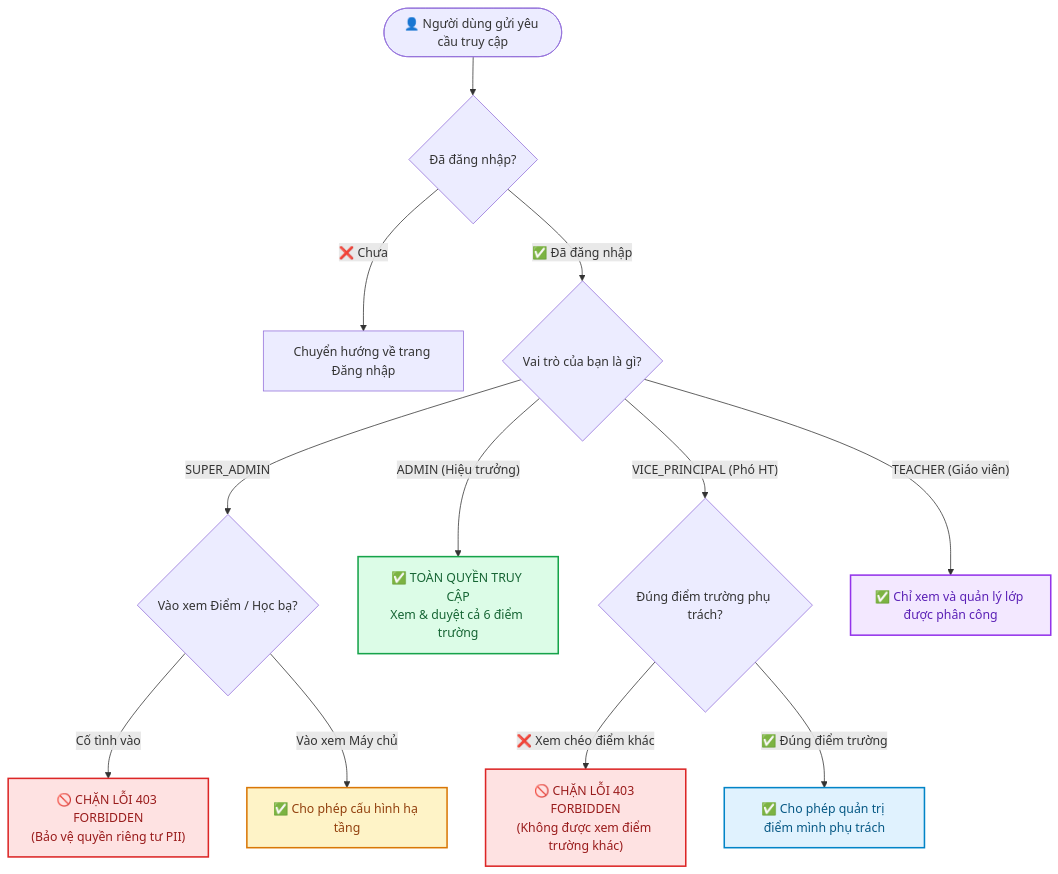
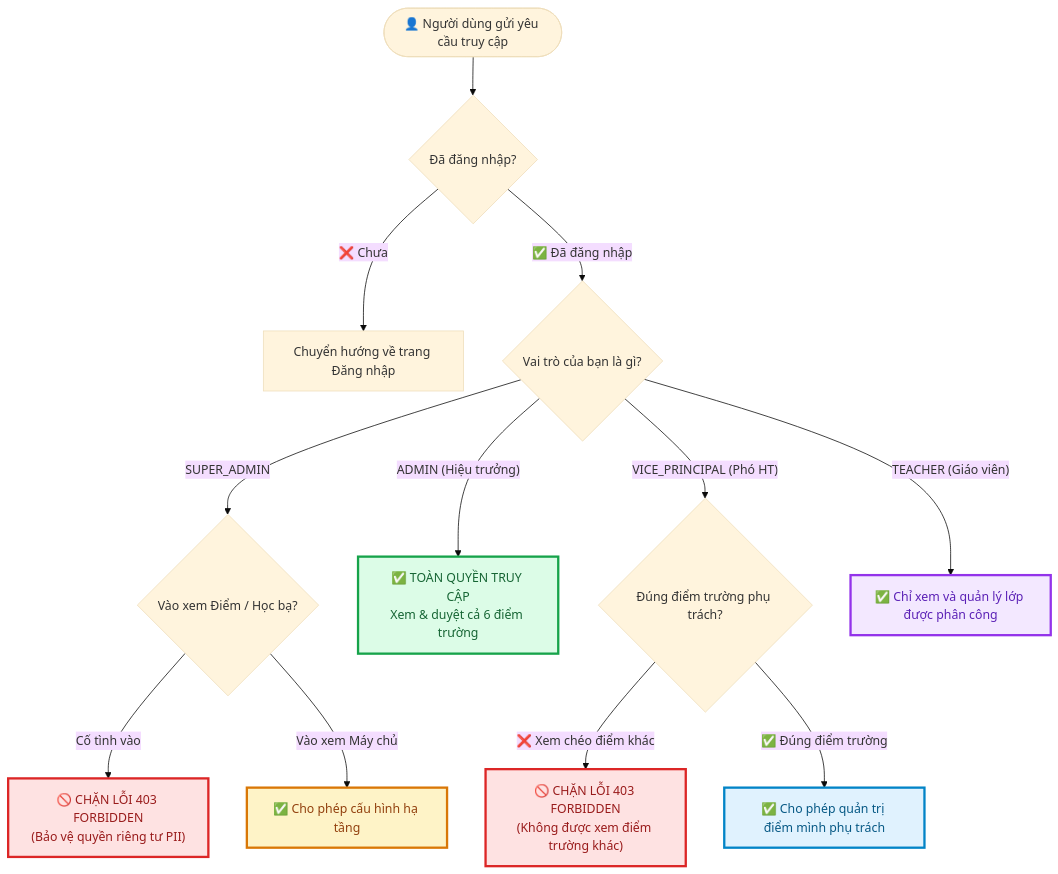
The third of 5 diagrams in THUYET_MINH_VIBE_CODING_WORKFLOW_LOGIC.md (Phuc2009-c/quanlytruonghocc), drawn with Mermaid before and after one commit. The commit also changed other lines of this file, not shown here.

````diff
--- a/THUYET_MINH_VIBE_CODING_WORKFLOW_LOGIC.md
+++ b/THUYET_MINH_VIBE_CODING_WORKFLOW_LOGIC.md
@@ -294,31 +366,32 @@
 ```mermaid
+%%{init: {'theme': 'base', 'themeVariables': { 'fontSize': '16px', 'fontFamily': 'Arial' }}}%%
 flowchart TD
     User([👤 Người dùng gửi yêu cầu truy cập]) --> CheckLogin{Đã đăng nhập?}
 
     CheckLogin -- "❌ Chưa" --> Login[Chuyển hướng về trang Đăng nhập]
     CheckLogin -- "✅ Đã đăng nhập" --> RoleCheck{Vai trò của bạn là gì?}
 
     %% Nhánh Super Admin
     RoleCheck -- "SUPER_ADMIN" --> AccessPII{Vào xem Điểm / Học bạ?}
     AccessPII -- "Cố tình vào" --> BlockSuper["🚫 CHẶN LỖI 403 FORBIDDEN<br/>(Bảo vệ quyền riêng tư PII)"]
     AccessPII -- "Vào xem Máy chủ" --> OK_Infra["✅ Cho phép cấu hình hạ tầng"]
 
     %% Nhánh Hiệu trưởng
     RoleCheck -- "ADMIN (Hiệu trưởng)" --> OK_All["✅ TOÀN QUYỀN TRUY CẬP<br/>Xem & duyệt cả 6 điểm trường"]
 
     %% Nhánh Phó Hiệu trưởng
     RoleCheck -- "VICE_PRINCIPAL (Phó HT)" --> CheckCampus{Đúng điểm trường phụ trách?}
     CheckCampus -- "❌ Xem chéo điểm khác" --> BlockCross["🚫 CHẶN LỖI 403 FORBIDDEN<br/>(Không được xem điểm trường khác)"]
     CheckCampus -- "✅ Đúng điểm trường" --> OK_Campus["✅ Cho phép quản trị điểm mình phụ trách"]
 
     %% Nhánh Giáo viên
     RoleCheck -- "TEACHER (Giáo viên)" --> OK_Teacher["✅ Chỉ xem và quản lý lớp được phân công"]
 
     %% Định dạng màu sắc
-    style BlockSuper fill:#fee2e2,stroke:#dc2626,stroke-width:2px,color:#991b1b
-    style BlockCross fill:#fee2e2,stroke:#dc2626,stroke-width:2px,color:#991b1b
-    style OK_All fill:#dcfce7,stroke:#16a34a,stroke-width:2px,color:#166534
-    style OK_Campus fill:#e0f2fe,stroke:#0284c7,stroke-width:2px,color:#075985
-    style OK_Teacher fill:#f3e8ff,stroke:#9333ea,stroke-width:2px,color:#5b21b6
-    style OK_Infra fill:#fef3c7,stroke:#d97706,stroke-width:2px,color:#92400e
+    style BlockSuper fill:#fee2e2,stroke:#dc2626,stroke-width:3px,color:#991b1b
+    style BlockCross fill:#fee2e2,stroke:#dc2626,stroke-width:3px,color:#991b1b
+    style OK_All fill:#dcfce7,stroke:#16a34a,stroke-width:3px,color:#166534
+    style OK_Campus fill:#e0f2fe,stroke:#0284c7,stroke-width:3px,color:#075985
+    style OK_Teacher fill:#f3e8ff,stroke:#9333ea,stroke-width:3px,color:#5b21b6
+    style OK_Infra fill:#fef3c7,stroke:#d97706,stroke-width:3px,color:#92400e
 ```
````
